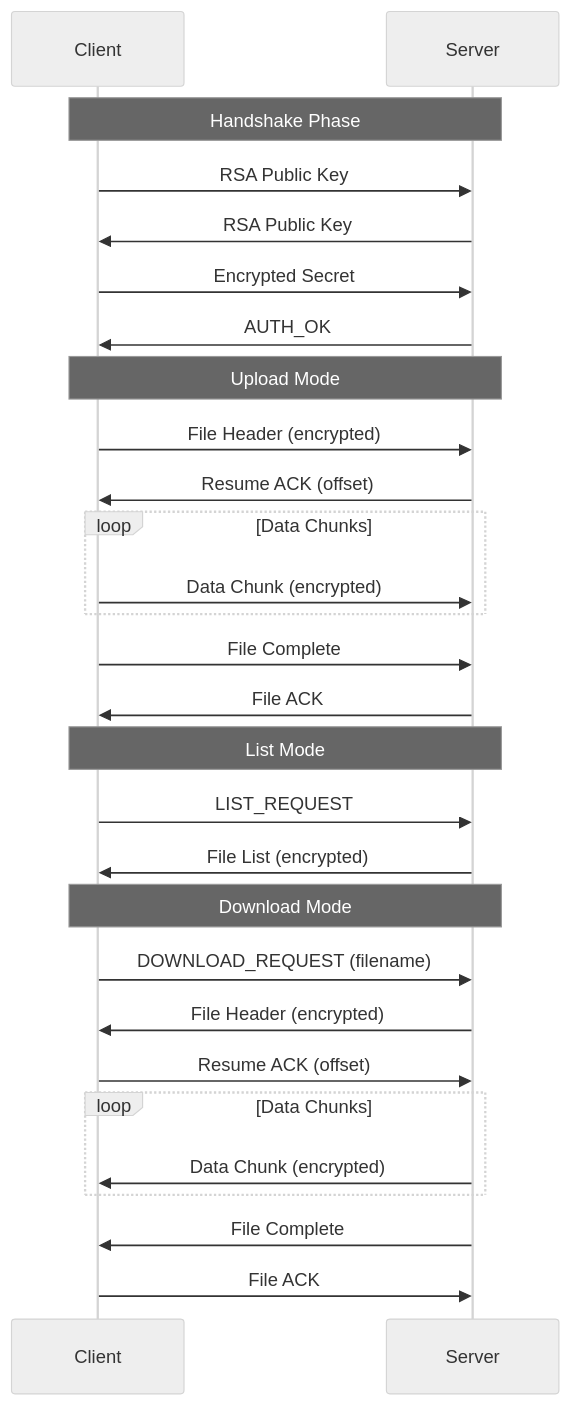
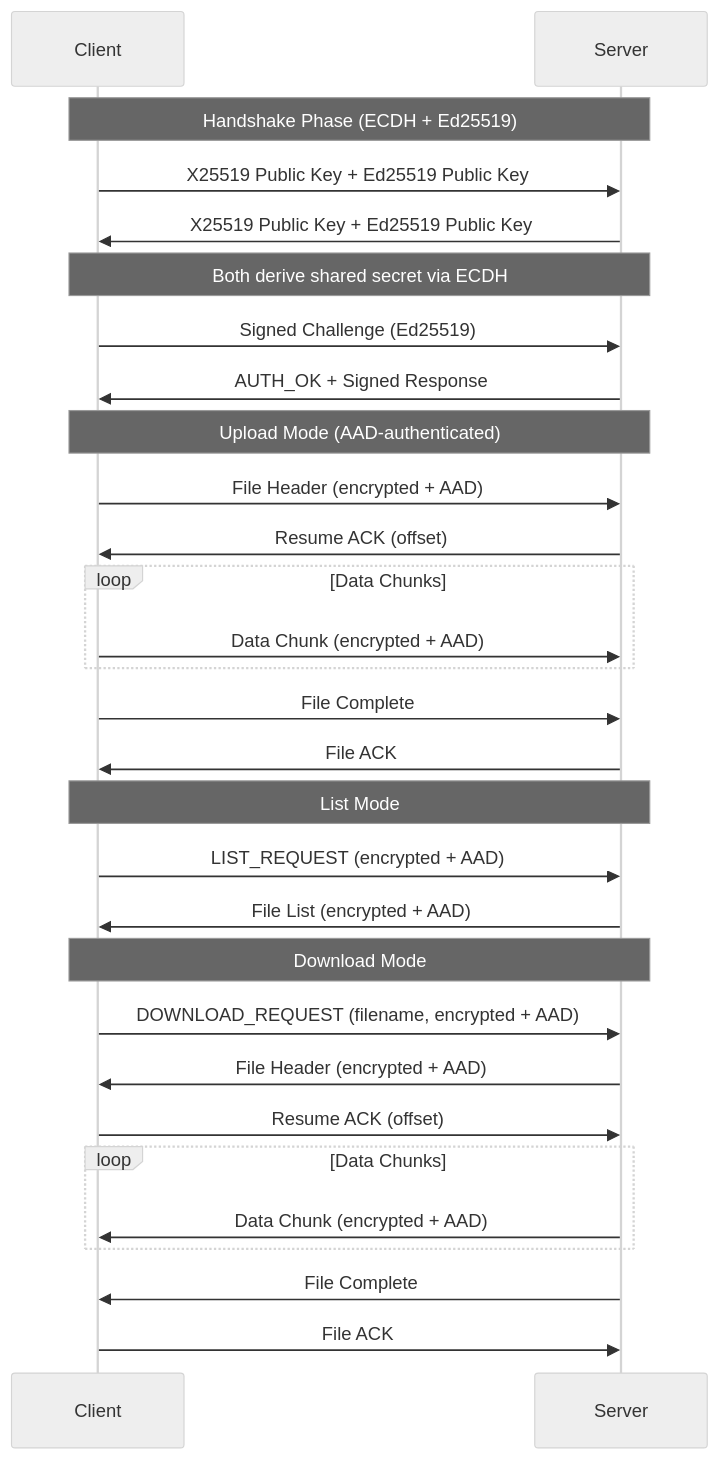
Before and after one commit to Yul-1/Secure-File-Transfer: the diagram in README.md, drawn with Mermaid (neutral theme). The commit also changed other lines of this file, not shown here.

````diff
--- a/README.md
+++ b/README.md
@@ -106,34 +113,35 @@
 ```mermaid
 sequenceDiagram
     participant C as Client
     participant S as Server
 
-    Note over C,S: Handshake Phase
-    C->>S: RSA Public Key
-    S->>C: RSA Public Key
-    C->>S: Encrypted Secret
-    S->>C: AUTH_OK
+    Note over C,S: Handshake Phase (ECDH + Ed25519)
+    C->>S: X25519 Public Key + Ed25519 Public Key
+    S->>C: X25519 Public Key + Ed25519 Public Key
+    Note over C,S: Both derive shared secret via ECDH
+    C->>S: Signed Challenge (Ed25519)
+    S->>C: AUTH_OK + Signed Response
 
-    Note over C,S: Upload Mode
-    C->>S: File Header (encrypted)
+    Note over C,S: Upload Mode (AAD-authenticated)
+    C->>S: File Header (encrypted + AAD)
     S->>C: Resume ACK (offset)
     loop Data Chunks
-        C->>S: Data Chunk (encrypted)
+        C->>S: Data Chunk (encrypted + AAD)
     end
     C->>S: File Complete
     S->>C: File ACK
 
     Note over C,S: List Mode
-    C->>S: LIST_REQUEST
-    S->>C: File List (encrypted)
+    C->>S: LIST_REQUEST (encrypted + AAD)
+    S->>C: File List (encrypted + AAD)
 
     Note over C,S: Download Mode
-    C->>S: DOWNLOAD_REQUEST (filename)
-    S->>C: File Header (encrypted)
+    C->>S: DOWNLOAD_REQUEST (filename, encrypted + AAD)
+    S->>C: File Header (encrypted + AAD)
     C->>S: Resume ACK (offset)
     loop Data Chunks
-        S->>C: Data Chunk (encrypted)
+        S->>C: Data Chunk (encrypted + AAD)
     end
     S->>C: File Complete
     C->>S: File ACK
 ```
````
